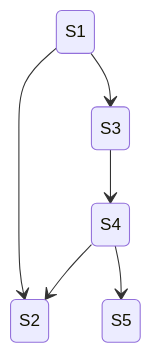
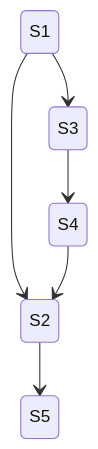
Before and after one commit to WayneMRoseberry/statemaker: the fourth of 5 diagrams in docs/test/StateMachineBuilder_test_plan.md, drawn with Mermaid. The commit also changed other lines of this file, not shown here.

````diff
--- a/docs/test/StateMachineBuilder_test_plan.md
+++ b/docs/test/StateMachineBuilder_test_plan.md
@@ -91,8 +101,8 @@
 ```mermaid
 stateDiagram-v2
     S1 --> S2
     S1 --> S3
     S3 --> S4
     S4 --> S2
-    S4 --> S5
+    S2 --> S5
 ```
````
